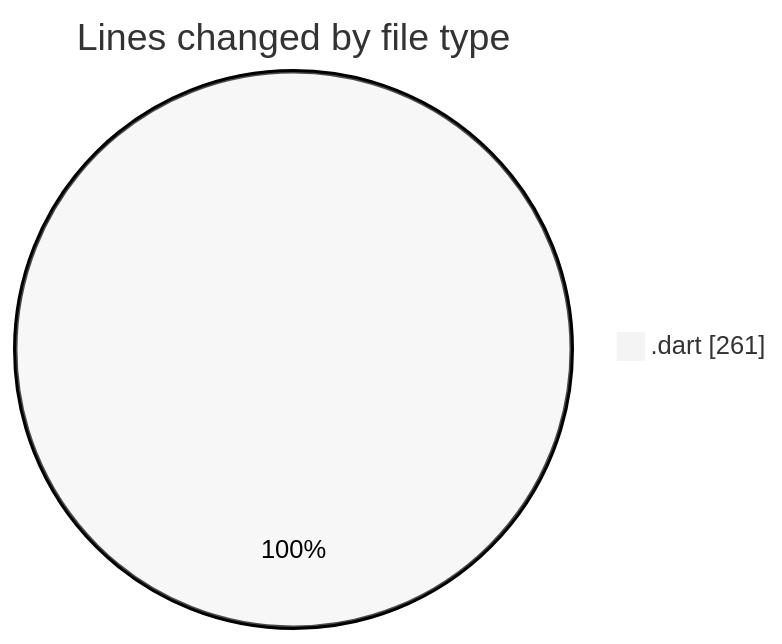
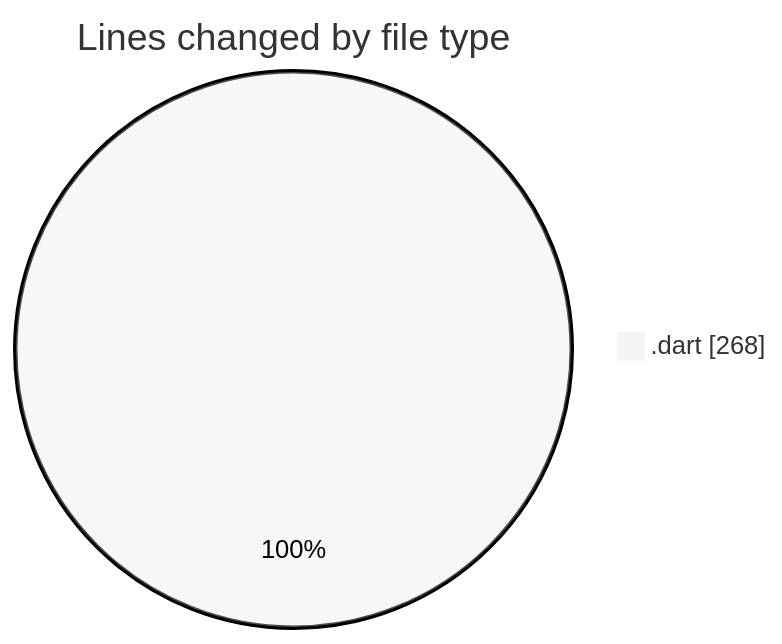
One commit to donsfak/code-tracking changed the first of 2 diagrams in 2025-02-18/uber_clone/README.md. Above: the diagram before and after it, drawn with Mermaid (neutral theme). The commit also changed other lines of this file and 1 other file, not shown here.

````diff
--- a/2025-02-18/uber_clone/README.md
+++ b/2025-02-18/uber_clone/README.md
@@ -21,5 +21,5 @@
 ```mermaid
 pie showData
 title Lines changed by file type
-".dart" : 261
+".dart" : 268
 ```
````
